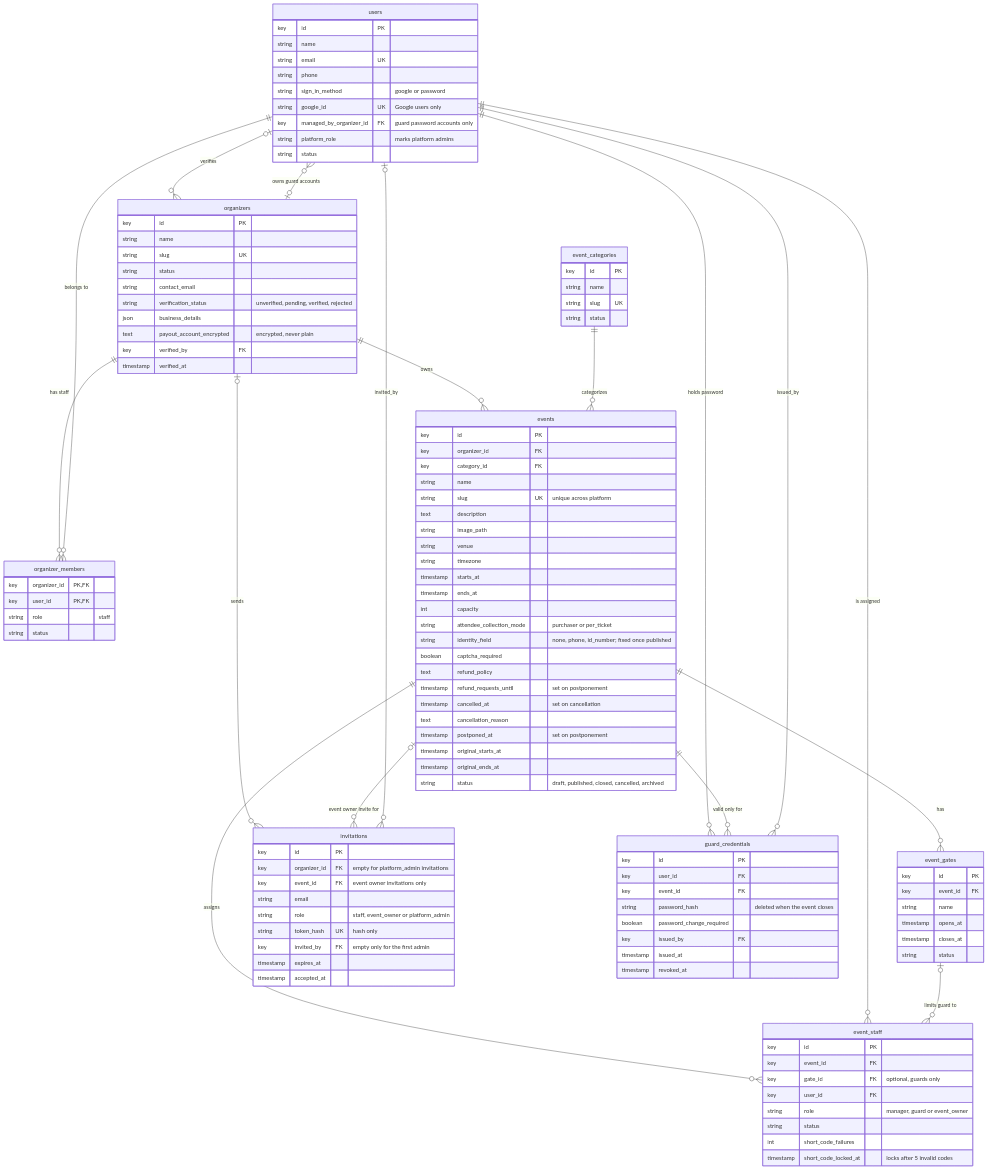
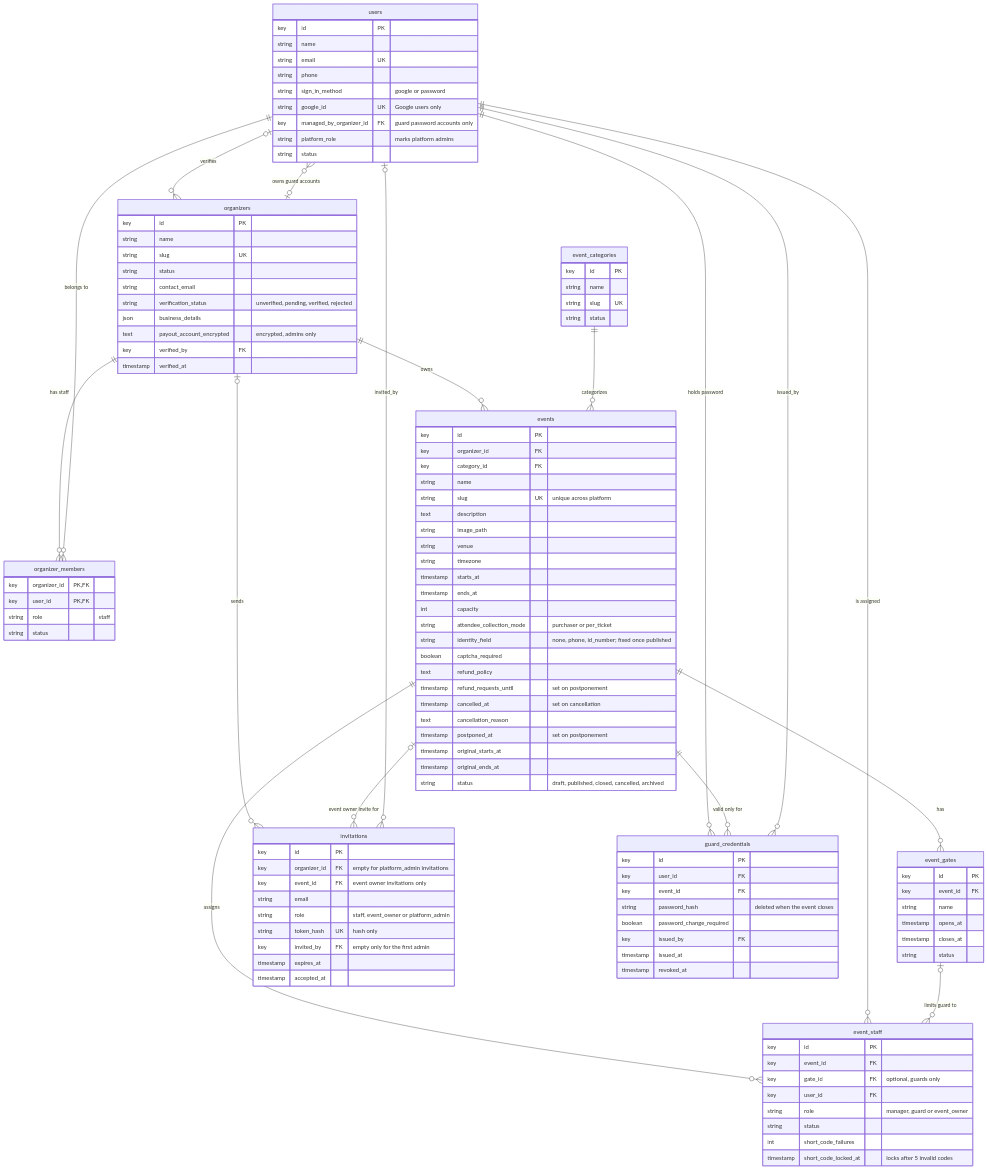
The diagram in doc/diagrams/erd/01-identity-and-tenancy.mmd (kreativesahara/ticket), drawn with Mermaid before and after one commit. The commit also changed 9 other files, not shown here.

Commit message:
docs: add platform admin use case diagrams, documentation, and role-and-privilege guide

```diff
--- a/doc/diagrams/erd/01-identity-and-tenancy.mmd
+++ b/doc/diagrams/erd/01-identity-and-tenancy.mmd
@@ -1,117 +1,117 @@
 erDiagram
     users {
         key id PK
         string name
         string email UK
         string phone
         string sign_in_method "google or password"
         string google_id UK "Google users only"
         key managed_by_organizer_id FK "guard password accounts only"
         string platform_role "marks platform admins"
         string status
     }
     organizers {
         key id PK
         string name
         string slug UK
         string status
         string contact_email
         string verification_status "unverified, pending, verified, rejected"
         json business_details
-        text payout_account_encrypted "encrypted, never plain"
+        text payout_account_encrypted "encrypted, admins only"
         key verified_by FK
         timestamp verified_at
     }
     organizer_members {
         key organizer_id PK, FK
         key user_id PK, FK
         string role "staff"
         string status
     }
     event_categories {
         key id PK
         string name
         string slug UK
         string status
     }
     events {
         key id PK
         key organizer_id FK
         key category_id FK
         string name
         string slug UK "unique across platform"
         text description
         string image_path
         string venue
         string timezone
         timestamp starts_at
         timestamp ends_at
         int capacity
         string attendee_collection_mode "purchaser or per_ticket"
         string identity_field "none, phone, id_number; fixed once published"
         boolean captcha_required
         text refund_policy
         timestamp refund_requests_until "set on postponement"
         timestamp cancelled_at "set on cancellation"
         text cancellation_reason
         timestamp postponed_at "set on postponement"
         timestamp original_starts_at
         timestamp original_ends_at
         string status "draft, published, closed, cancelled, archived"
     }
     event_gates {
         key id PK
         key event_id FK
         string name
         timestamp opens_at
         timestamp closes_at
         string status
     }
     event_staff {
         key id PK
         key event_id FK
         key gate_id FK "optional, guards only"
         key user_id FK
         string role "manager, guard or event_owner"
         string status
         int short_code_failures
         timestamp short_code_locked_at "locks after 5 invalid codes"
     }
     invitations {
         key id PK
         key organizer_id FK "empty for platform_admin invitations"
         key event_id FK "event owner invitations only"
         string email
         string role "staff, event_owner or platform_admin"
         string token_hash UK "hash only"
         key invited_by FK "empty only for the first admin"
         timestamp expires_at
         timestamp accepted_at
     }
     guard_credentials {
         key id PK
         key user_id FK
         key event_id FK
         string password_hash "deleted when the event closes"
         boolean password_change_required
         key issued_by FK
         timestamp issued_at
         timestamp revoked_at
     }
 
     organizers ||--o{ organizer_members : "has staff"
     users ||--o{ organizer_members : "belongs to"
     organizers |o--o{ users : "owns guard accounts"
     users |o--o{ organizers : "verifies"
     organizers ||--o{ events : "owns"
     event_categories ||--o{ events : "categorizes"
     events ||--o{ event_gates : "has"
     events ||--o{ event_staff : "assigns"
     users ||--o{ event_staff : "is assigned"
     event_gates |o--o{ event_staff : "limits guard to"
     organizers |o--o{ invitations : "sends"
     events |o--o{ invitations : "event owner invite for"
     users |o--o{ invitations : "invited_by"
     users ||--o{ guard_credentials : "holds password"
     events ||--o{ guard_credentials : "valid only for"
     users ||--o{ guard_credentials : "issued_by"
```
